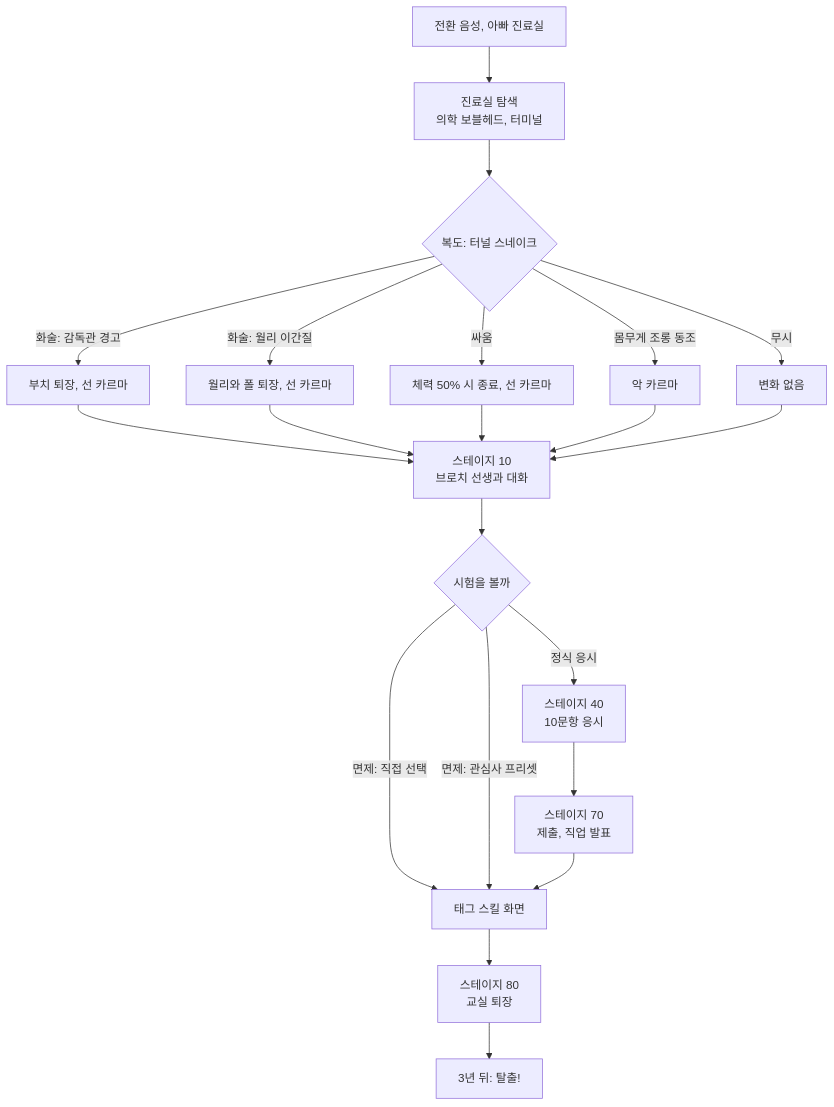
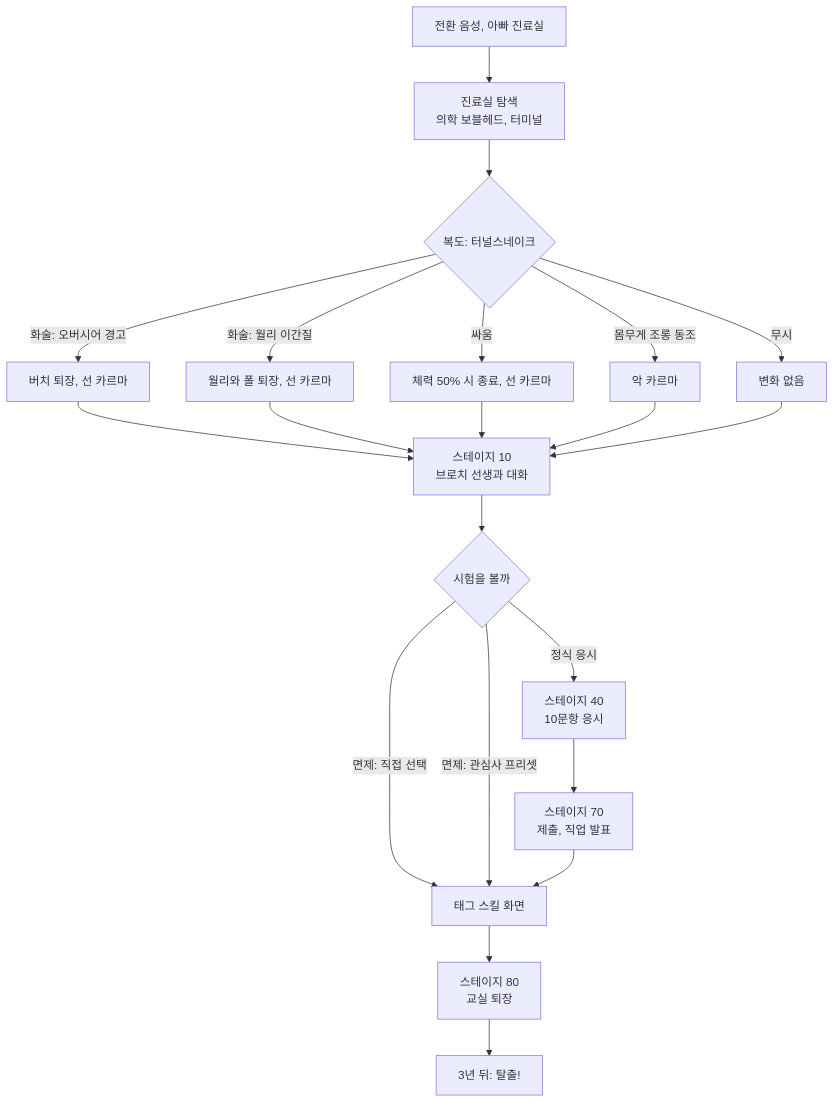
The fifth of 7 diagrams in docs/reverse-design/03_main-story-part1.md (forsurvive/003), drawn with Mermaid before and after one commit. The commit also changed other lines of this file and 17 other files, not shown here.

````diff
--- a/docs/reverse-design/03_main-story-part1.md
+++ b/docs/reverse-design/03_main-story-part1.md
@@ -946,23 +947,23 @@
 ```mermaid
 flowchart TD
     A["전환 음성, 아빠 진료실"] --> B["진료실 탐색<br/>의학 보블헤드, 터미널"]
-    B --> C{"복도: 터널 스네이크"}
-    C -->|"화술: 감독관 경고"| G1["부치 퇴장, 선 카르마"]
+    B --> C{"복도: 터널스네이크"}
+    C -->|"화술: 오버시어 경고"| G1["버치 퇴장, 선 카르마"]
     C -->|"화술: 월리 이간질"| G2["월리와 폴 퇴장, 선 카르마"]
     C -->|"싸움"| G3["체력 50% 시 종료, 선 카르마"]
     C -->|"몸무게 조롱 동조"| E1["악 카르마"]
     C -->|"무시"| N1["변화 없음"]
     G1 --> S10["스테이지 10<br/>브로치 선생과 대화"]
     G2 --> S10
     G3 --> S10
     E1 --> S10
     N1 --> S10
     S10 --> D{"시험을 볼까"}
     D -->|"정식 응시"| S40["스테이지 40<br/>10문항 응시"]
     D -->|"면제: 직접 선택"| TAG["태그 스킬 화면"]
     D -->|"면제: 관심사 프리셋"| TAG
     S40 --> S70["스테이지 70<br/>제출, 직업 발표"]
     S70 --> TAG
     TAG --> S80["스테이지 80<br/>교실 퇴장"]
     S80 --> N["3년 뒤: 탈출!"]
 ```
````
